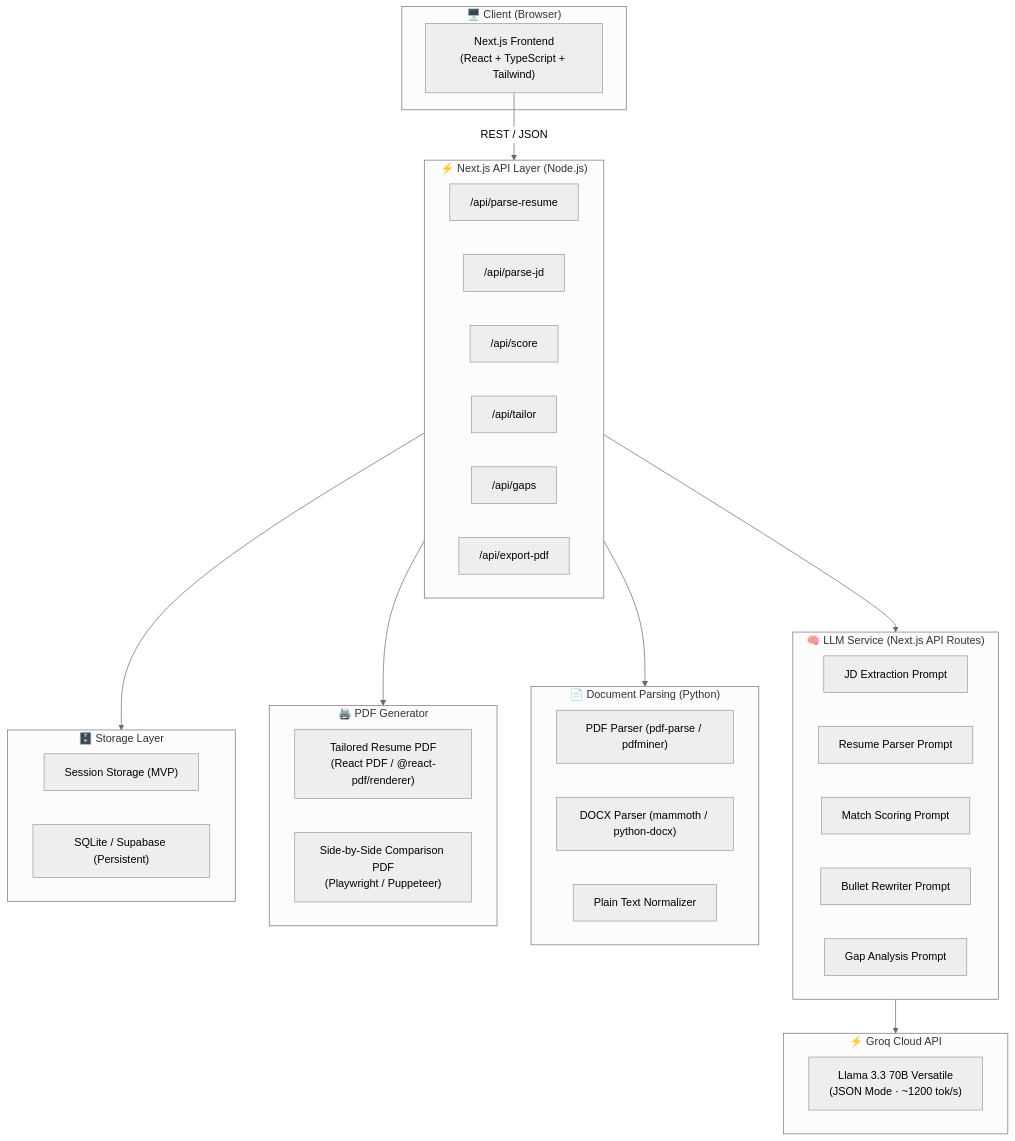
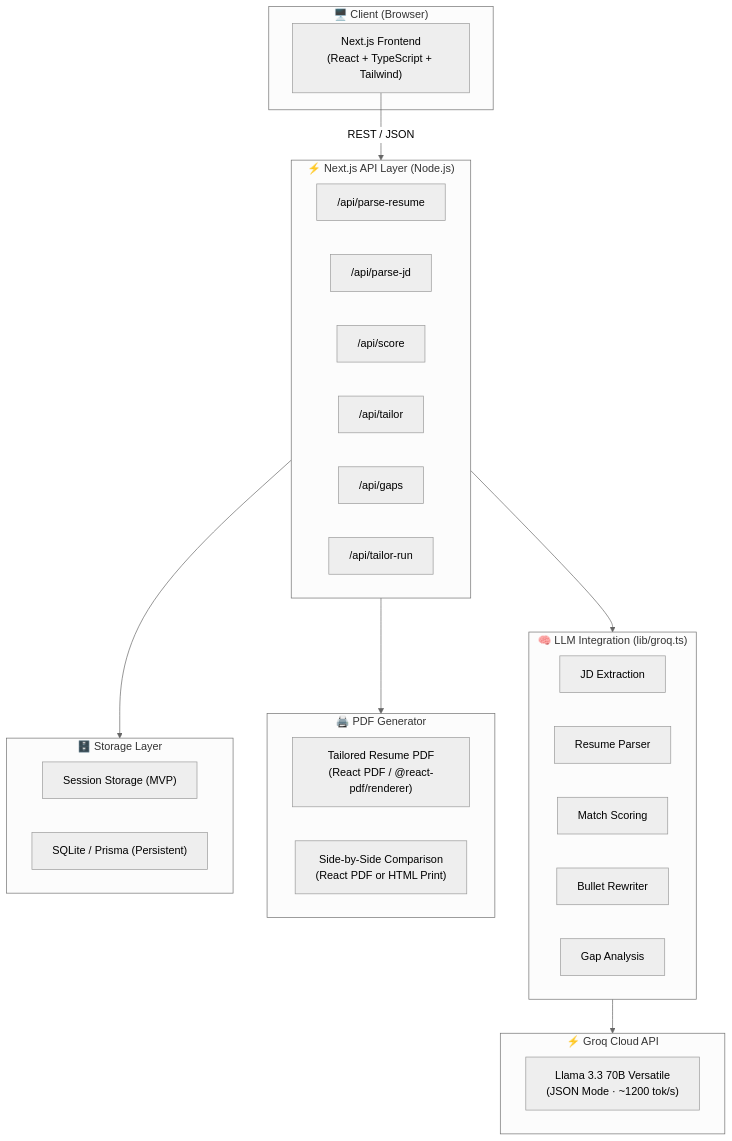
One commit to harshyadav-ml/resume-shapeshifter changed the first of 4 diagrams in docs/architecture.md. Above: the diagram before and after it, drawn with Mermaid (neutral theme). The commit also changed other lines of this file and 7 other files, not shown here.

Commit message:
feat(w2-p3): complete pdf export engine and document generation

````diff
--- a/docs/architecture.md
+++ b/docs/architecture.md
@@ -50,50 +50,43 @@
 ```mermaid
 graph TB
     subgraph Client["🖥️ Client (Browser)"]
         UI["Next.js Frontend\n(React + TypeScript + Tailwind)"]
     end
 
     subgraph NextAPI["⚡ Next.js API Layer (Node.js)"]
         R1["/api/parse-resume"]
         R2["/api/parse-jd"]
         R3["/api/score"]
         R4["/api/tailor"]
         R5["/api/gaps"]
-        R6["/api/export-pdf"]
+        O["/api/tailor-run"]
     end
 
-    subgraph LLMService["🧠 LLM Service (Next.js API Routes)"]
-        P1["JD Extraction Prompt"]
-        P2["Resume Parser Prompt"]
-        P3["Match Scoring Prompt"]
-        P4["Bullet Rewriter Prompt"]
-        P5["Gap Analysis Prompt"]
-    end
-
-    subgraph DocParsing["📄 Document Parsing (Python)"]
-        DP1["PDF Parser (pdf-parse / pdfminer)"]
-        DP2["DOCX Parser (mammoth / python-docx)"]
-        DP3["Plain Text Normalizer"]
+    subgraph LLMService["🧠 LLM Integration (lib/groq.ts)"]
+        P1["JD Extraction"]
+        P2["Resume Parser"]
+        P3["Match Scoring"]
+        P4["Bullet Rewriter"]
+        P5["Gap Analysis"]
     end
 
     subgraph PDFGen["🖨️ PDF Generator"]
         PG1["Tailored Resume PDF\n(React PDF / @react-pdf/renderer)"]
-        PG2["Side-by-Side Comparison PDF\n(Playwright / Puppeteer)"]
+        PG2["Side-by-Side Comparison\n(React PDF or HTML Print)"]
     end
 
     subgraph Storage["🗄️ Storage Layer"]
         S1["Session Storage (MVP)"]
-        S2["SQLite / Supabase (Persistent)"]
+        S2["SQLite / Prisma (Persistent)"]
     end
 
     subgraph GroqCloud["⚡ Groq Cloud API"]
         GC["Llama 3.3 70B Versatile\n(JSON Mode · ~1200 tok/s)"]
     end
 
     UI -->|"REST / JSON"| NextAPI
     NextAPI --> LLMService
-    NextAPI --> DocParsing
     NextAPI --> PDFGen
     NextAPI --> Storage
     LLMService --> GroqCloud
 ```
````
